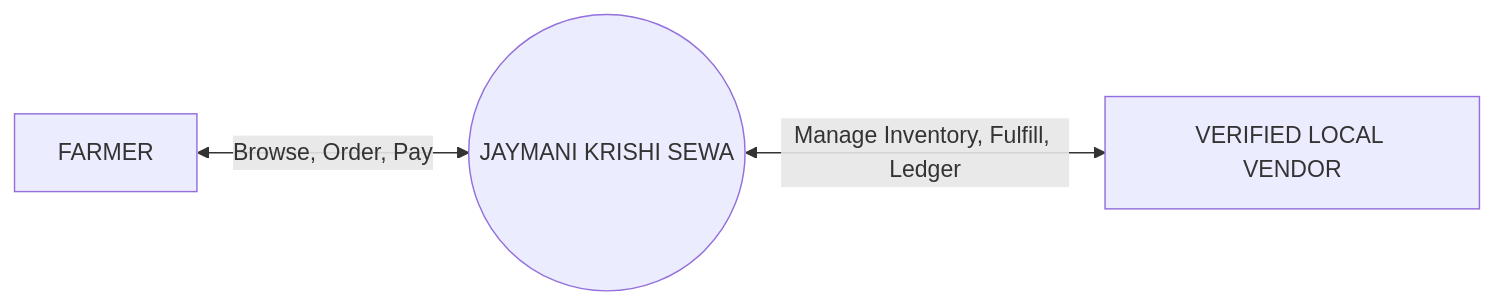
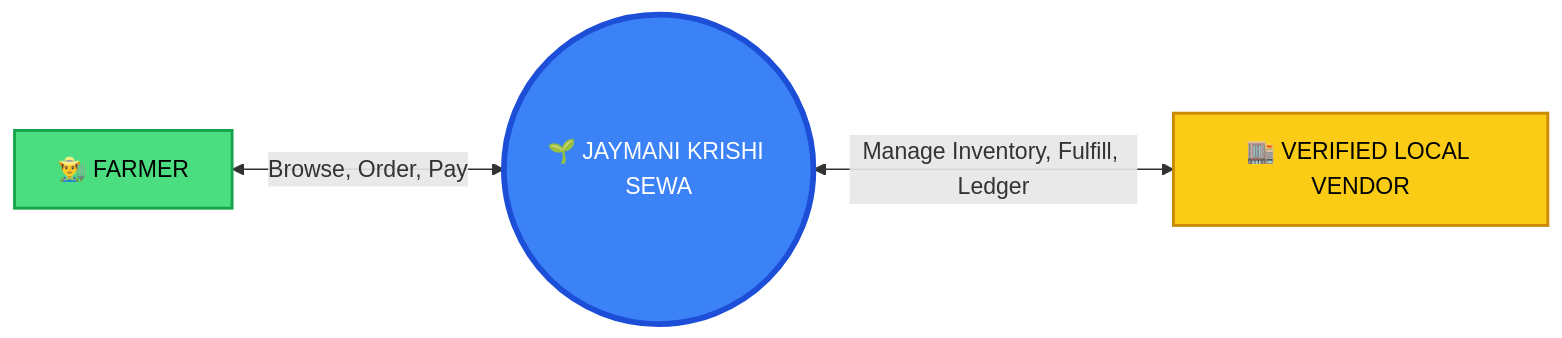
One commit to hmpmanish/jaymani-krishi-sewa changed the first of 5 diagrams in Jaymani_Krishi_Sewa_Proposal_Report.md. Above: the diagram before and after it, drawn with Mermaid. The commit also changed other lines of this file, not shown here.

````diff
--- a/Jaymani_Krishi_Sewa_Proposal_Report.md
+++ b/Jaymani_Krishi_Sewa_Proposal_Report.md
@@ -231,5 +133,9 @@
 ```mermaid
 graph LR
-    F[FARMER] <-->|Browse, Order, Pay| JKS((JAYMANI KRISHI SEWA))
-    JKS <-->|Manage Inventory, Fulfill, Ledger| V[VERIFIED LOCAL VENDOR]
+    F[👨‍🌾 FARMER] <-->|Browse, Order, Pay| JKS((🌱 JAYMANI KRISHI SEWA))
+    JKS <-->|Manage Inventory, Fulfill, Ledger| V[🏬 VERIFIED LOCAL VENDOR]
+    
+    style F fill:#4ade80,stroke:#16a34a,stroke-width:2px,color:black
+    style JKS fill:#3b82f6,stroke:#1d4ed8,stroke-width:4px,color:white
+    style V fill:#facc15,stroke:#ca8a04,stroke-width:2px,color:black
 ```
````
